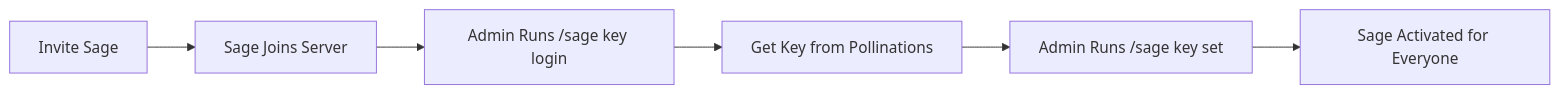
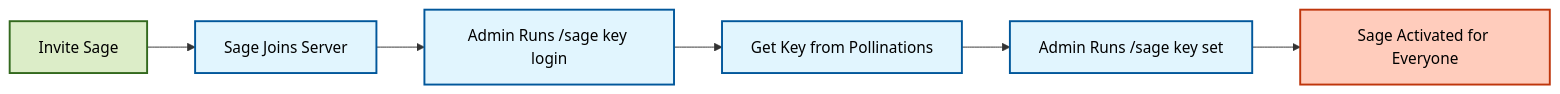
The diagram in docs/BYOP_MODE.md (BokX1/Sage), drawn with Mermaid before and after one commit. The commit also changed 10 other files, not shown here.

````diff
--- a/docs/BYOP_MODE.md
+++ b/docs/BYOP_MODE.md
@@ -15,8 +15,13 @@
 ```mermaid
 graph LR
-    A[Invite Sage] --> B[Sage Joins Server]
-    B --> C[Admin Runs /sage key login]
-    C --> D[Get Key from Pollinations]
-    D --> E[Admin Runs /sage key set]
-    E --> F[Sage Activated for Everyone]
+    %% Styling
+    classDef step fill:#e1f5fe,stroke:#01579b,stroke-width:2px,color:black
+    classDef start fill:#dcedc8,stroke:#33691e,stroke-width:2px,color:black
+    classDef finish fill:#ffccbc,stroke:#bf360c,stroke-width:2px,color:black
+
+    A[Invite Sage]:::start --> B[Sage Joins Server]:::step
+    B --> C[Admin Runs /sage key login]:::step
+    C --> D[Get Key from Pollinations]:::step
+    D --> E[Admin Runs /sage key set]:::step
+    E --> F[Sage Activated for Everyone]:::finish
 ```
````
